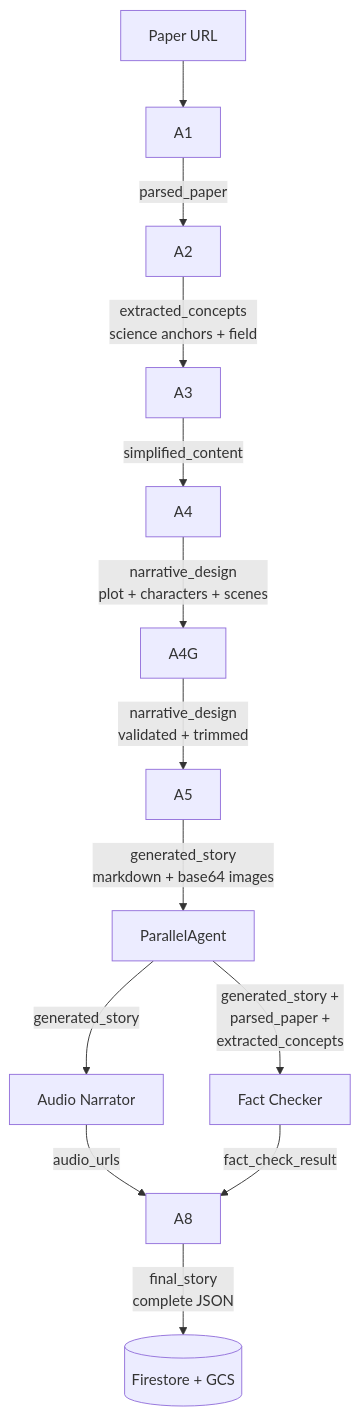
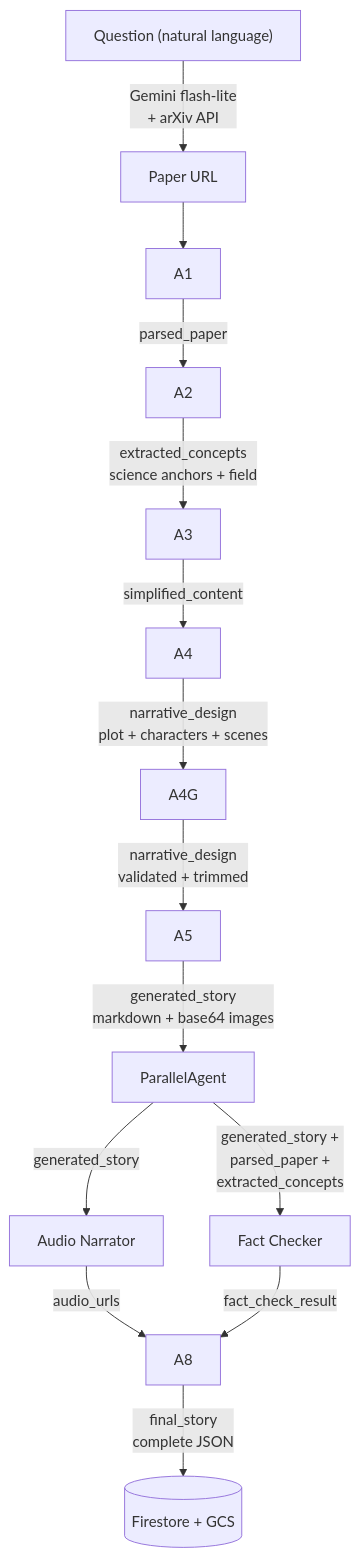
The fourth of 4 diagrams in README.md (aria-vibe/paper-tales), drawn with Mermaid before and after one commit. The commit also changed other lines of this file and 4 other files, not shown here.

````diff
--- a/README.md
+++ b/README.md
@@ -157,17 +165,18 @@
 ```mermaid
 graph TD
+    Q["Question (natural language)"] -->|"Gemini flash-lite<br/>+ arXiv API"| URL
     URL[Paper URL] --> A1
     A1 -->|parsed_paper| A2
     A2 -->|extracted_concepts<br/>science anchors + field| A3
     A3 -->|simplified_content| A4
     A4 -->|narrative_design<br/>plot + characters + scenes| A4G
     A4G -->|narrative_design<br/>validated + trimmed| A5
     A5 -->|generated_story<br/>markdown + base64 images| PAR["ParallelAgent"]
 
     PAR -->|generated_story| A6[Audio Narrator]
     PAR -->|"generated_story +<br/>parsed_paper +<br/>extracted_concepts"| A7[Fact Checker]
 
     A6 -->|audio_urls| A8
     A7 -->|fact_check_result| A8
     A8 -->|final_story<br/>complete JSON| DB[(Firestore + GCS)]
 ```
````
